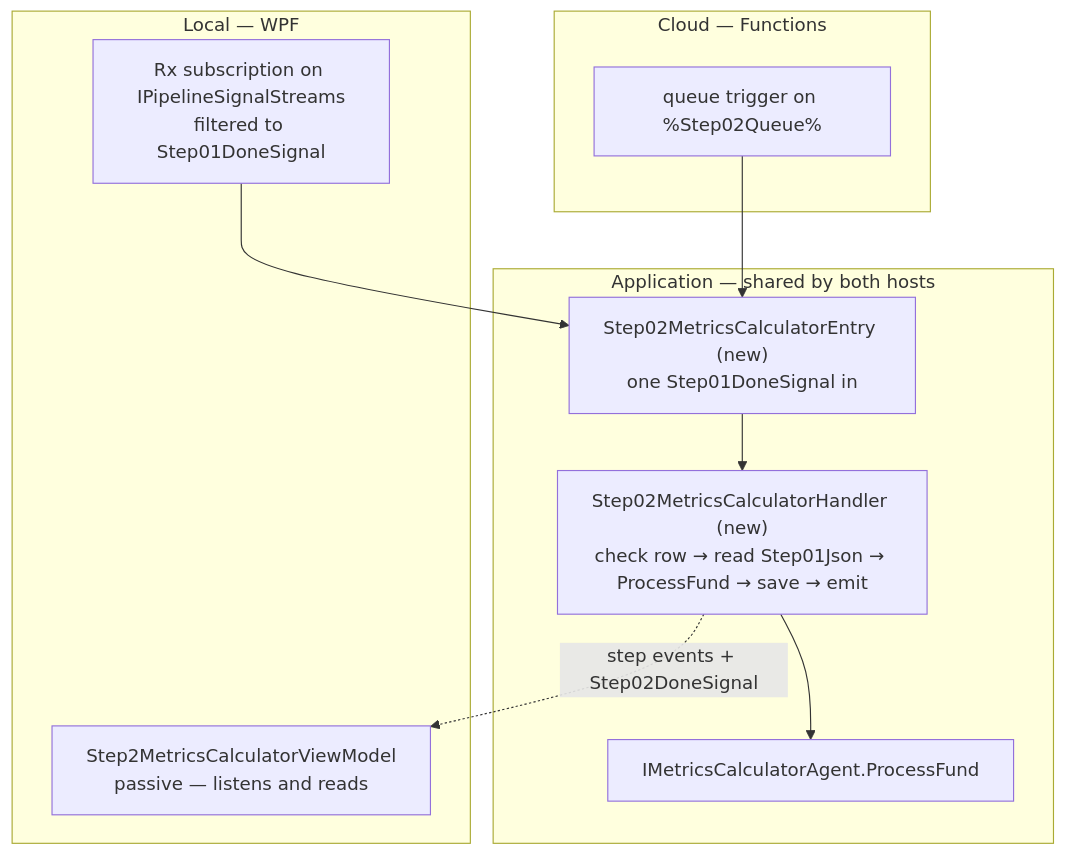
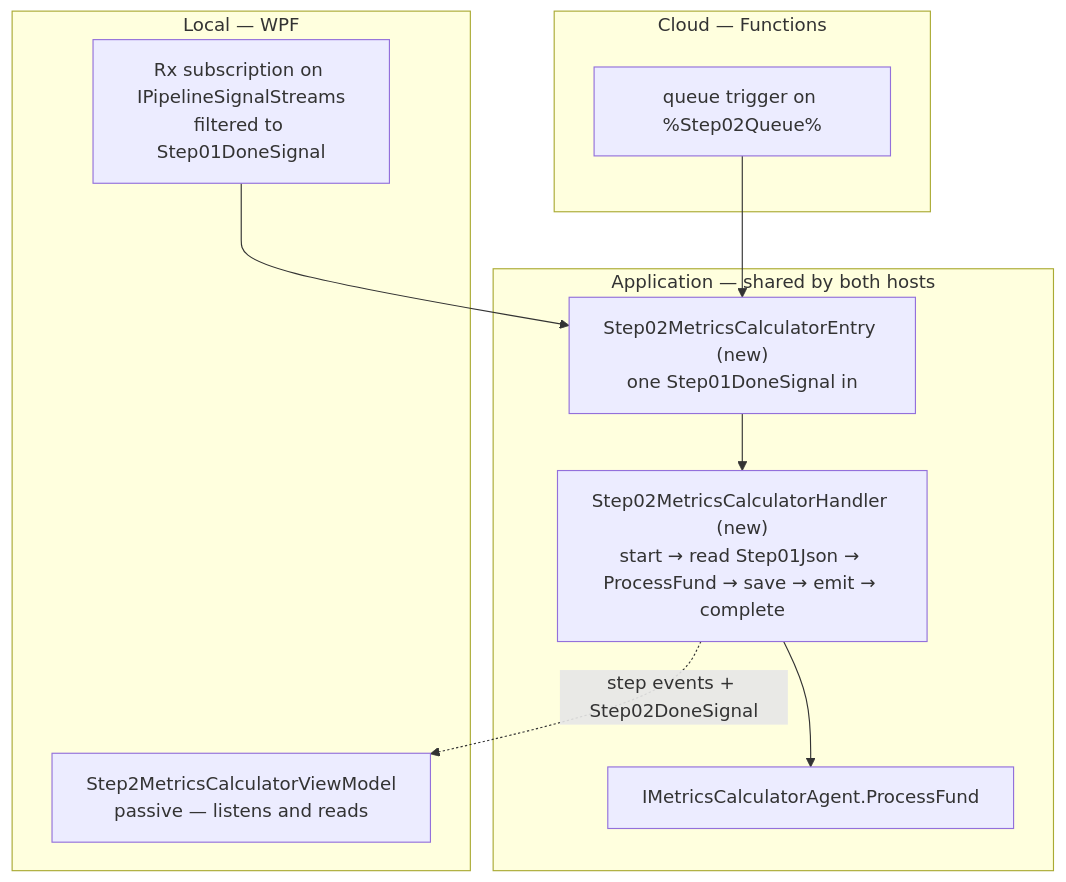
Before and after one commit to Muhomorik/FikaFinans: the first of 3 diagrams in Docs/pipeline-redesign/02-metricscalculator.md, drawn with Mermaid. The commit also changed other lines of this file and 3 other files, not shown here.

Commit message:
Rename `ClaimAsync` to `StartStep01Async` in `IIsinProgressStore` and related implementations for improved clarity and alignment with step-specific behavior.

````diff
--- a/Docs/pipeline-redesign/02-metricscalculator.md
+++ b/Docs/pipeline-redesign/02-metricscalculator.md
@@ -134,19 +142,19 @@
 ```mermaid
 flowchart TB
   subgraph app["Application — shared by both hosts"]
     door["Step02MetricsCalculatorEntry (new)<br/>one Step01DoneSignal in"]
-    h["Step02MetricsCalculatorHandler (new)<br/>check row → read Step01Json → ProcessFund → save → emit"]
+    h["Step02MetricsCalculatorHandler (new)<br/>start → read Step01Json → ProcessFund → save → emit → complete"]
     agent["IMetricsCalculatorAgent.ProcessFund"]
     door --> h --> agent
   end
   subgraph local["Local — WPF"]
     rx["Rx subscription on IPipelineSignalStreams<br/>filtered to Step01DoneSignal"]
     vm["Step2MetricsCalculatorViewModel<br/>passive — listens and reads"]
   end
   subgraph cloud["Cloud — Functions"]
     fn["queue trigger on %Step02Queue%"]
   end
   rx --> door
   fn --> door
   h -. "step events + Step02DoneSignal" .-> vm
 ```
````
